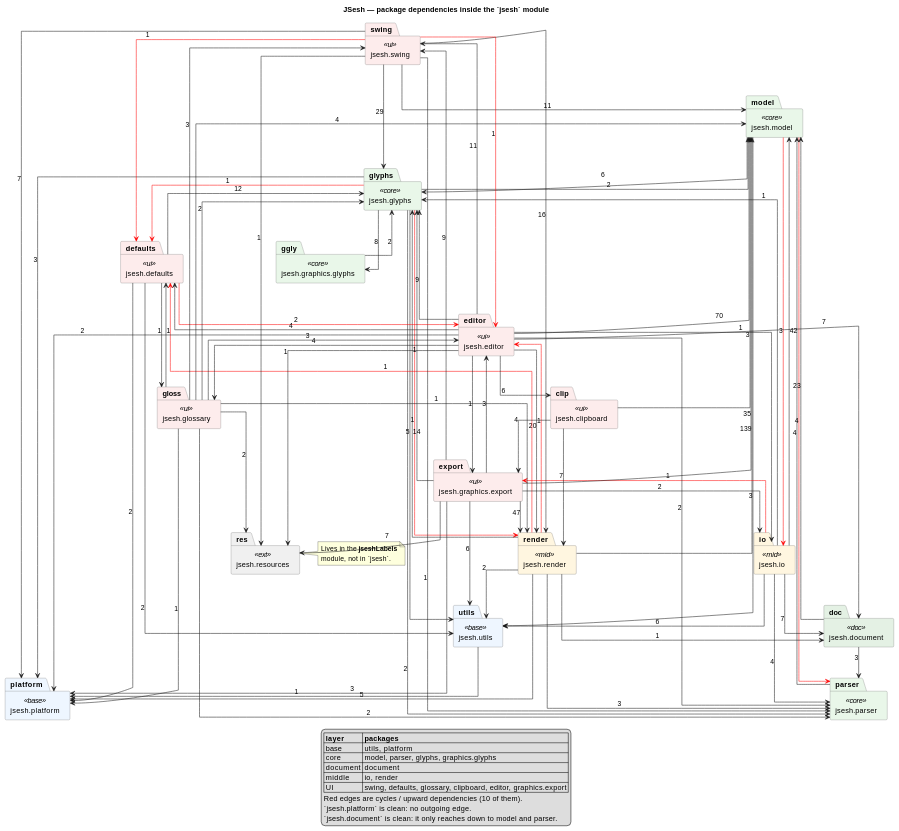
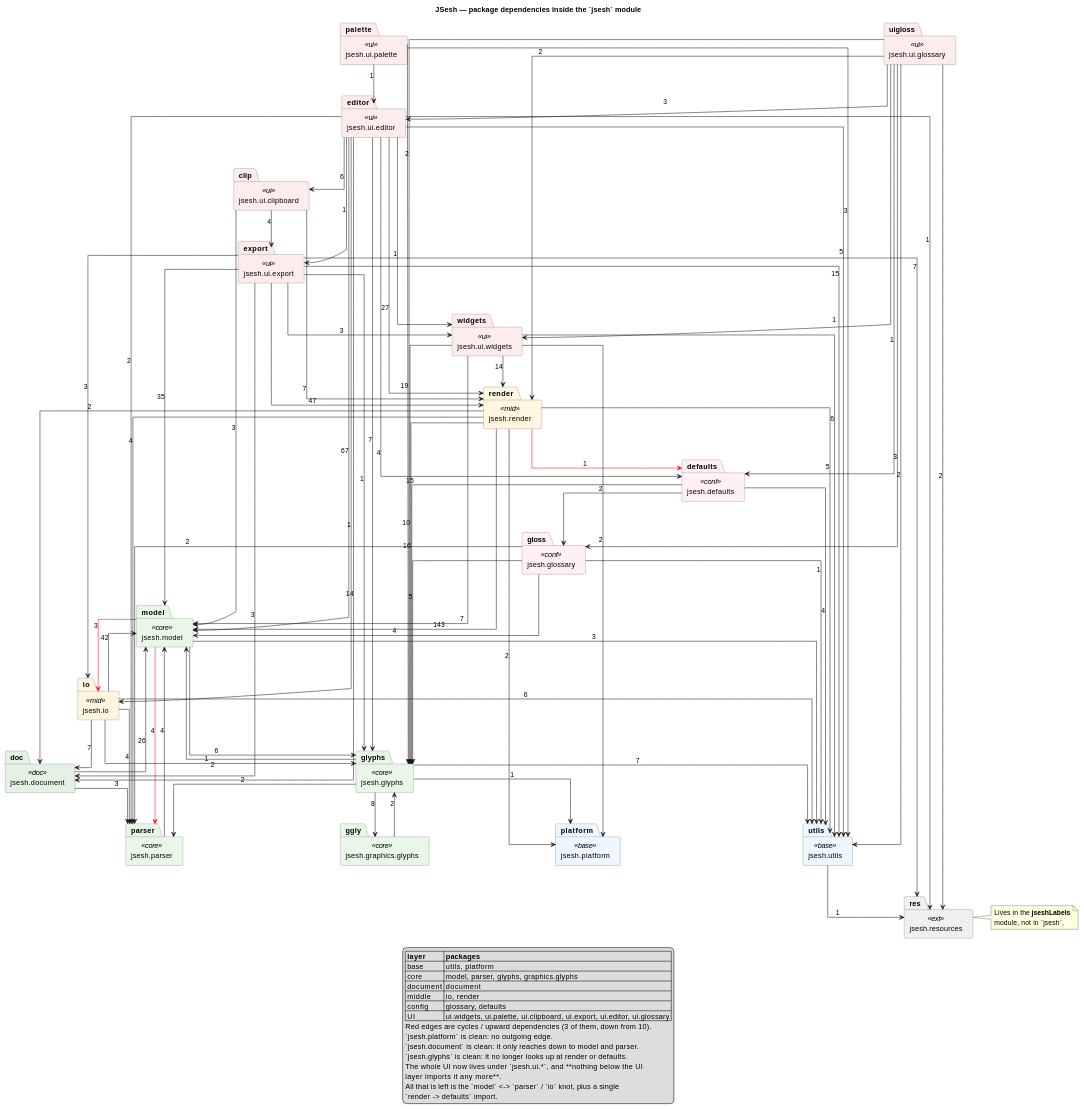
Before and after one commit to rosmord/jsesh: the diagram in 00_Documents/documentation/jsesh-package-dependencies.md, drawn with PlantUML. The commit also changed other lines of this file and 10 other files, not shown here.

````diff
--- a/00_Documents/documentation/jsesh-package-dependencies.md
+++ b/00_Documents/documentation/jsesh-package-dependencies.md
@@ -3,9 +3,17 @@
 '
 ' Dependencies between the top-level packages of the `jsesh` module.
 '
-' Generated from the actual `import` statements found in
-' jsesh/src/main/java (2026-07), after `jsesh.document` was extracted
-' from `jsesh.io.document` and `jsesh.editor`.
+' Regenerated from the actual `import` statements found in
+' jsesh/src/main/java (2026-07-19), after the Swing/UI reorganisation
+' the move of PDFExportConstants to `jsesh.io.constants`, and the
+' extraction of the UserSignWriter interface:
+'   jsesh.swing          -> jsesh.ui.widgets
+'   jsesh.editor         -> jsesh.ui.editor
+'   jsesh.clipboard      -> jsesh.ui.clipboard
+'   jsesh.graphics.export-> jsesh.ui.export
+'   jsesh.glossary       -> split into jsesh.glossary (model side)
+'                           and jsesh.ui.glossary (editor UI)
+'   jsesh.ui.palette     -> new (extracted from the old swing/defaults mix)
 ' Edge labels = number of import statements.
 '
 ' Solid arrows  = dependency going "downwards" (intended direction).
@@ -22,6 +30,7 @@
   BackgroundColor<<core>>   #E9F7E9
   BackgroundColor<<doc>>    #E4F1E4
   BackgroundColor<<mid>>    #FFF6E0
+  BackgroundColor<<conf>>   #FFF0F8
   BackgroundColor<<ui>>     #FDECEC
   BackgroundColor<<ext>>    #F0F0F0
   BorderColor #666666
@@ -40,12 +49,15 @@
 package "jsesh.io"              as io       <<mid>>
 package "jsesh.render"          as render   <<mid>>
 
-package "jsesh.swing"           as swing    <<ui>>
-package "jsesh.defaults"        as defaults <<ui>>
-package "jsesh.glossary"        as gloss    <<ui>>
-package "jsesh.clipboard"       as clip     <<ui>>
-package "jsesh.editor"          as editor   <<ui>>
-package "jsesh.graphics.export" as export   <<ui>>
+package "jsesh.glossary"        as gloss    <<conf>>
+package "jsesh.defaults"        as defaults <<conf>>
+
+package "jsesh.ui.widgets"      as widgets  <<ui>>
+package "jsesh.ui.palette"      as palette  <<ui>>
+package "jsesh.ui.clipboard"    as clip     <<ui>>
+package "jsesh.ui.export"       as export   <<ui>>
+package "jsesh.ui.editor"       as editor   <<ui>>
+package "jsesh.ui.glossary"     as uigloss  <<ui>>
 
 package "jsesh.resources" as res <<ext>>
 note right of res
@@ -55,42 +67,42 @@
 
 ' ---------------------------------------------------------------- base layer
 ' `jsesh.platform` has no outgoing dependency at all: it is a pure leaf.
-utils -->  platform                   : 1
+utils  -->        res                 : 1
 
 ' ---------------------------------------------------------------- core layer
+model  -->        glyphs              : 6
 model  -->        utils               : 3
-model  -->        glyphs              : 6
 model  -[#red]->  parser              : 4
 model  -[#red]->  io                  : 3
 
 parser -->        model               : 4
 
+glyphs -->        ggly                : 8
+glyphs -->        utils               : 7
 glyphs -->        model               : 2
 glyphs -->        parser              : 2
-glyphs -->        platform            : 3
-glyphs -->        utils               : 5
-glyphs -->        ggly                : 8
-glyphs -[#red]->  render              : 1
-glyphs -[#red]->  defaults            : 1
+glyphs -->        platform            : 1
+' `jsesh.glyphs` no longer looks up at anything: the sign importer takes a
+' `jsesh.glyphs.signsource.UserSignWriter` instead of the app-scoped
+' `jsesh.defaults.UserFontDirectoryManager`, which now implements it.
 
 ggly   -->        glyphs              : 2
 
 ' ------------------------------------------------------------ document layer
 ' `jsesh.document` holds MDCDocument, DocumentPreferences,
 ' HieroglyphicTextModel and the undo machinery. It is shared by `io`
-' (which serialises it) and `editor` (which edits it), and depends on
+' (which serialises it) and `ui.editor` (which edits it), and depends on
 ' nothing but the model and the parser.
-doc    -->        model               : 23
+doc    -->        model               : 26
 doc    -->        parser              : 3
 
 ' ---------------------------------------------------------------- middle layer
-render -->        model               : 139
-render -->        glyphs              : 14
-render -->        parser              : 3
-render -->        platform            : 5
-render -->        utils               : 2
-render -->        doc                 : 1
-render -[#red]->  editor              : 1
+render -->        model               : 143
+render -->        glyphs              : 16
+render -->        utils               : 5
+render -->        parser              : 4
+render -->        doc                 : 2
+render -->        platform            : 2
 render -[#red]->  defaults            : 1
 
 io     -->        model               : 42
@@ -98,61 +110,67 @@
 io     -->        utils               : 6
 io     -->        parser              : 4
 io     -->        glyphs              : 1
-io     -[#red]->  export              : 1
+' `io` no longer imports anything from the UI layer: PDFExportConstants,
+' shared by the PDF exporter and the PDF importer, now lives in
+' `jsesh.io.constants` and both sides import it downwards.
+
+' ------------------------------------------------------- configuration layer
+' `jsesh.glossary` is now Swing-free: the table model and the editor
+' dialog moved to `jsesh.ui.glossary`.
+gloss    --> glyphs                   : 5
+gloss    --> model                    : 4
+gloss    --> parser                   : 2
+gloss    --> utils                    : 1
+
+defaults --> glyphs                   : 15
+defaults --> utils                    : 4
+defaults --> gloss                    : 2
 
 ' ---------------------------------------------------------------- UI layer
-swing  -->        model               : 11
-swing  -->        glyphs              : 29
-swing  -->        parser              : 1
-swing  -->        render              : 16
-swing  -->        platform            : 7
-swing  -->        res                 : 1
-swing  -[#red]->  editor              : 1
-swing  -[#red]->  defaults            : 1
+widgets --> render                    : 14
+widgets --> glyphs                    : 10
+widgets --> model                     : 7
+widgets --> utils                     : 6
+widgets --> platform                  : 2
 
-defaults --> glyphs                   : 12
-defaults --> platform                 : 2
-defaults --> utils                    : 2
-defaults --> gloss                    : 1
-defaults -[#red]-> editor             : 2
+palette --> glyphs                    : 19
+palette --> utils                     : 3
+palette --> editor                    : 1
 
-gloss  --> model                      : 4
-gloss  --> parser                     : 2
-gloss  --> glyphs                     : 2
-gloss  --> render                     : 1
-gloss  --> platform                   : 1
-gloss  --> swing                      : 3
-gloss  --> res                        : 2
-gloss  --> defaults                   : 1
-gloss  --> editor                     : 3
+clip    --> render                    : 7
+clip    --> export                    : 4
+clip    --> model                     : 3
 
-clip   --> model                      : 3
-clip   --> render                     : 7
-clip   --> export                     : 4
+export  --> render                    : 47
+export  --> model                     : 35
+export  --> utils                     : 15
+export  --> res                       : 7
+export  --> io                        : 3
+export  --> doc                       : 3
+export  --> widgets                   : 3
+export  --> glyphs                    : 1
 
-editor --> model                      : 70
-editor --> render                     : 20
-editor --> swing                      : 11
-editor --> glyphs                     : 9
-editor --> doc                        : 7
-editor --> clip                       : 6
-editor --> defaults                   : 4
-editor --> gloss                      : 4
-editor --> parser                     : 2
-editor --> platform                   : 2
-editor --> io                         : 1
-editor --> export                     : 1
-editor --> res                        : 1
+editor  --> model                     : 67
+editor  --> render                    : 27
+editor  --> doc                       : 14
+editor  --> glyphs                    : 7
+editor  --> clip                      : 6
+editor  --> utils                     : 5
+editor  --> defaults                  : 4
+editor  --> parser                    : 2
+editor  --> io                        : 1
+editor  --> widgets                   : 1
+editor  --> export                    : 1
+editor  --> res                       : 1
 
-export --> render                     : 47
-export --> model                      : 35
-export --> swing                      : 9
-export --> res                        : 7
-export --> utils                      : 6
-export --> editor                     : 3
-export --> platform                   : 3
-export --> io                         : 2
-export --> glyphs                     : 1
+uigloss --> gloss                     : 3
+uigloss --> editor                    : 3
+uigloss --> render                    : 2
+uigloss --> glyphs                    : 2
+uigloss --> res                       : 2
+uigloss --> utils                     : 2
+uigloss --> defaults                  : 1
+uigloss --> widgets                   : 1
 
 legend bottom
   |= layer |= packages |
@@ -160,10 +178,16 @@
   | core     | model, parser, glyphs, graphics.glyphs |
   | document | document |
   | middle   | io, render |
-  | UI       | swing, defaults, glossary, clipboard, editor, graphics.export |
-  Red edges are cycles / upward dependencies (10 of them).
+  | config   | glossary, defaults |
+  | UI       | ui.widgets, ui.palette, ui.clipboard, ui.export, ui.editor, ui.glossary |
+  Red edges are cycles / upward dependencies (3 of them, down from 10).
   `jsesh.platform` is clean: no outgoing edge.
   `jsesh.document` is clean: it only reaches down to model and parser.
+  `jsesh.glyphs` is clean: it no longer looks up at render or defaults.
+  The whole UI now lives under `jsesh.ui.*`, and **nothing below the UI
+  layer imports it any more**.
+  All that is left is the `model` <-> `parser` / `io` knot, plus a single
+  `render -> defaults` import.
 endlegend
 @enduml
 ```
````
